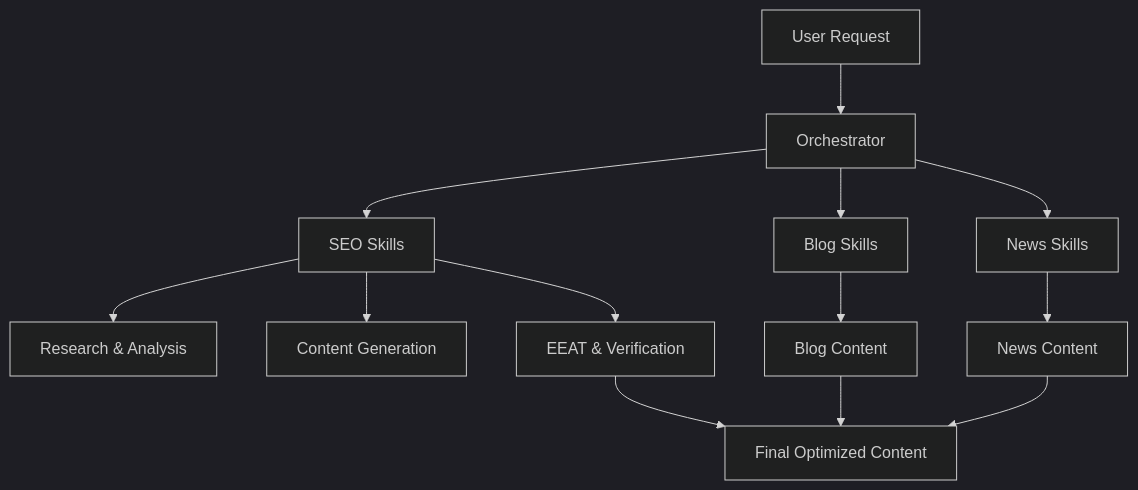
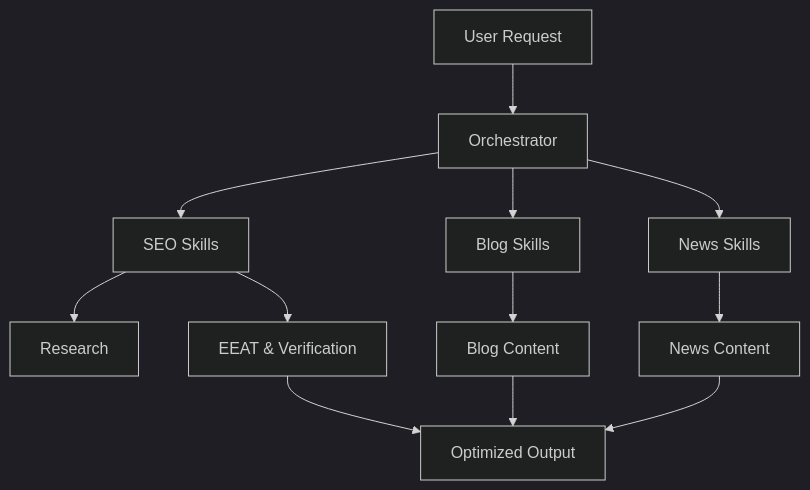
Before and after one commit to ajit-gif/btw-group-ai-skills: the first of 2 diagrams in README.md, drawn with Mermaid (dark theme). The commit also changed other lines of this file, not shown here.

````diff
--- a/README.md
+++ b/README.md
@@ -23,19 +13,14 @@
 ```mermaid
 flowchart TD
     User[User Request] --> Orch[Orchestrator]
-
     Orch --> SEO[SEO Skills]
     Orch --> Blog[Blog Skills]
     Orch --> News[News Skills]
-
-    SEO --> Research[Research & Analysis]
-    SEO --> Content[Content Generation]
+    SEO --> Research[Research]
     SEO --> Quality[EEAT & Verification]
-
     Blog --> BlogOutput[Blog Content]
     News --> NewsOutput[News Content]
-
-    Quality --> Final[Final Optimized Content]
+    Quality --> Final[Optimized Output]
     BlogOutput --> Final
     NewsOutput --> Final
 ```
````
